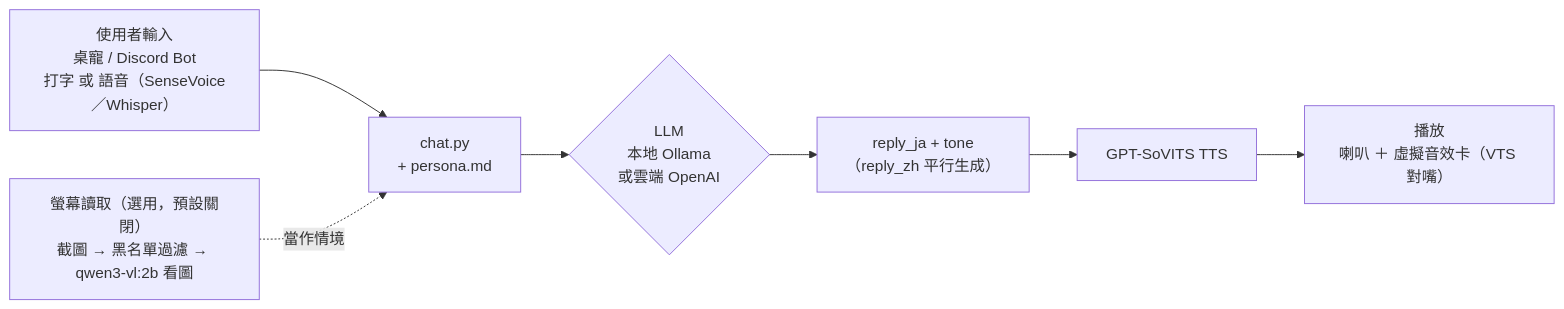
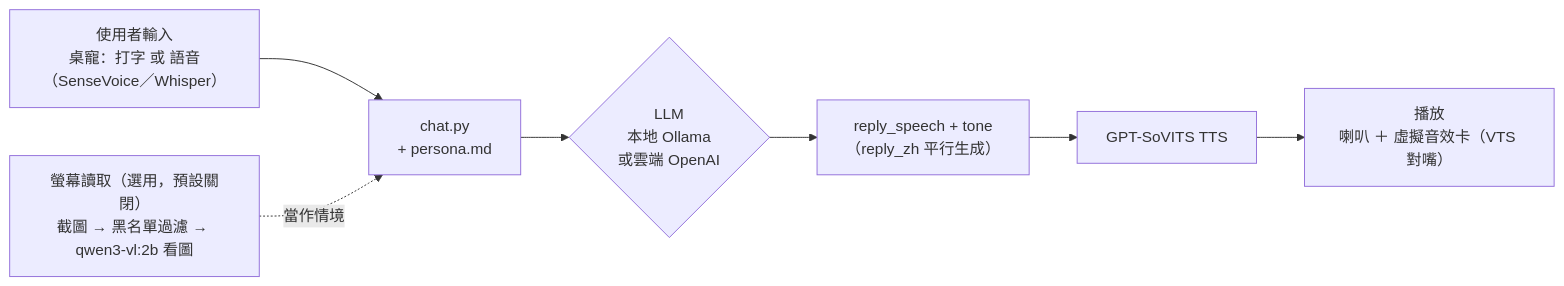
Before and after one commit to kukuo2510/llm-voice-chatbot: the diagram in README.md, drawn with Mermaid. The commit also changed other lines of this file and 10 other files, not shown here.

First line of the commit message:
Remove Discord bot; make speech language and avatar size configurable

````diff
--- a/README.md
+++ b/README.md
@@ -22,10 +23,10 @@
 ```mermaid
 graph LR
-    A["使用者輸入<br/>桌寵 / Discord Bot<br/>打字 或 語音（SenseVoice／Whisper）"] --> B["chat.py<br/>+ persona.md"]
+    A["使用者輸入<br/>桌寵：打字 或 語音（SenseVoice／Whisper）"] --> B["chat.py<br/>+ persona.md"]
     B --> L{"LLM<br/>本地 Ollama<br/>或雲端 OpenAI"}
-    L --> C["reply_ja + tone<br/>（reply_zh 平行生成）"]
+    L --> C["reply_speech + tone<br/>（reply_zh 平行生成）"]
     C --> D["GPT-SoVITS TTS"]
     D --> E["播放<br/>喇叭 ＋ 虛擬音效卡（VTS 對嘴）"]
 
     W["螢幕讀取（選用，預設關閉）<br/>截圖 → 黑名單過濾 → qwen3-vl:2b 看圖"] -.->|當作情境| B
 ```
````
